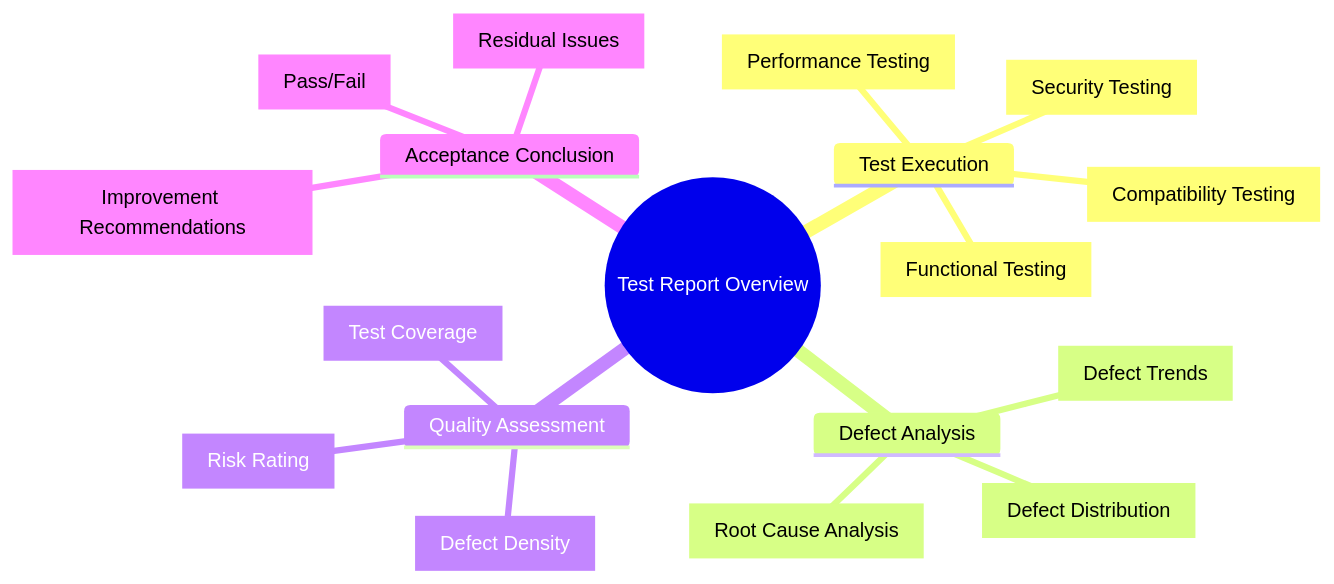
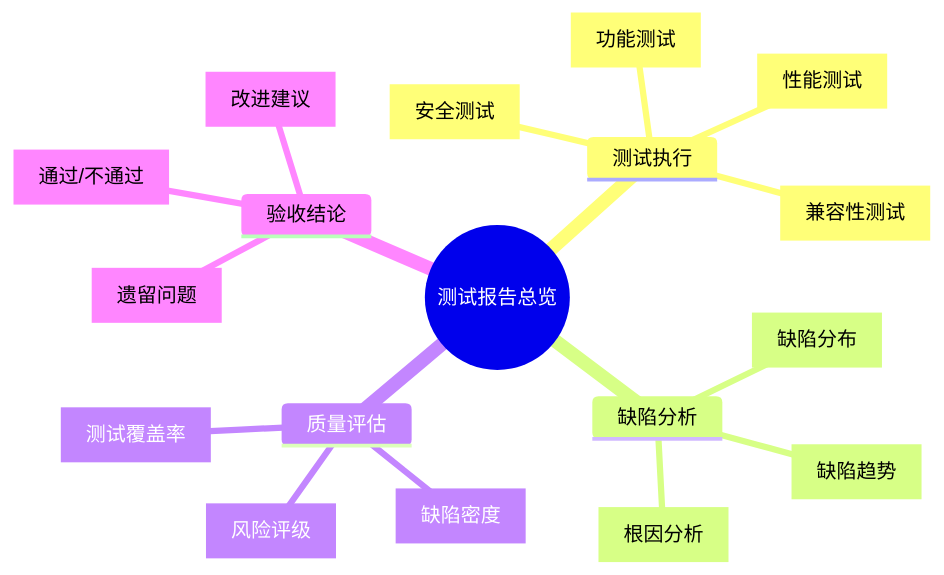
One commit to Kirky-X/cangjie changed the first of 4 diagrams in templates/Product/Delivery/Template-Test-Report.md. Above: the diagram before and after it, drawn with Mermaid. The commit also changed other lines of this file and 33 other files, not shown here.

````diff
--- a/templates/Product/Delivery/Template-Test-Report.md
+++ b/templates/Product/Delivery/Template-Test-Report.md
@@ -74,21 +74,21 @@
 ```mermaid
 mindmap
-  root((Test Report Overview))
-    Test Execution
-      [Functional Testing]
-      [Performance Testing]
-      [Security Testing]
-      [Compatibility Testing]
-    Defect Analysis
-      [Defect Distribution]
-      [Defect Trends]
-      [Root Cause Analysis]
-    Quality Assessment
-      [Test Coverage]
-      [Defect Density]
-      [Risk Rating]
-    Acceptance Conclusion
-      [Pass/Fail]
-      [Residual Issues]
-      [Improvement Recommendations]
+  root((测试报告总览))
+    测试执行
+      [功能测试]
+      [性能测试]
+      [安全测试]
+      [兼容性测试]
+    缺陷分析
+      [缺陷分布]
+      [缺陷趋势]
+      [根因分析]
+    质量评估
+      [测试覆盖率]
+      [缺陷密度]
+      [风险评级]
+    验收结论
+      [通过/不通过]
+      [遗留问题]
+      [改进建议]
 ```
````
